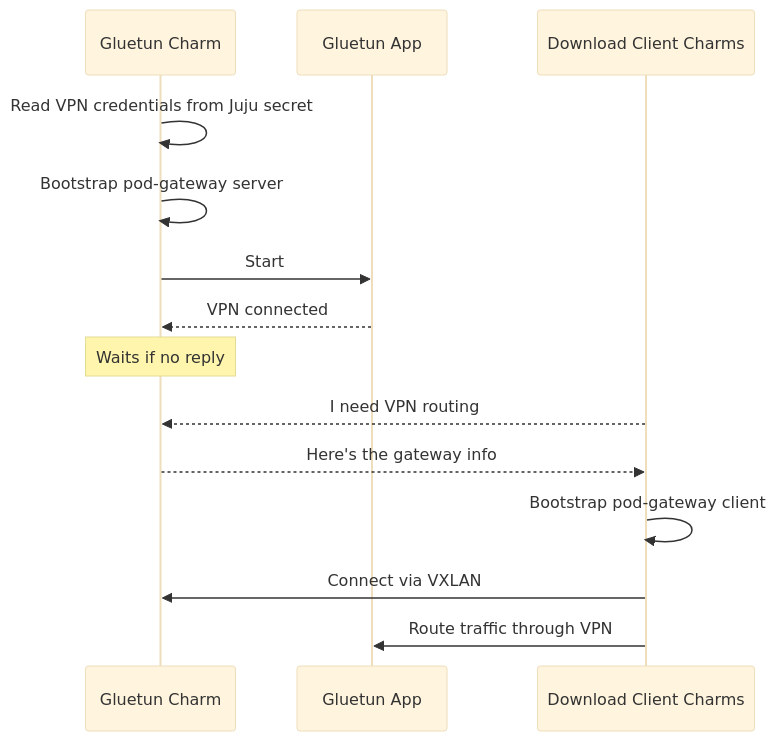
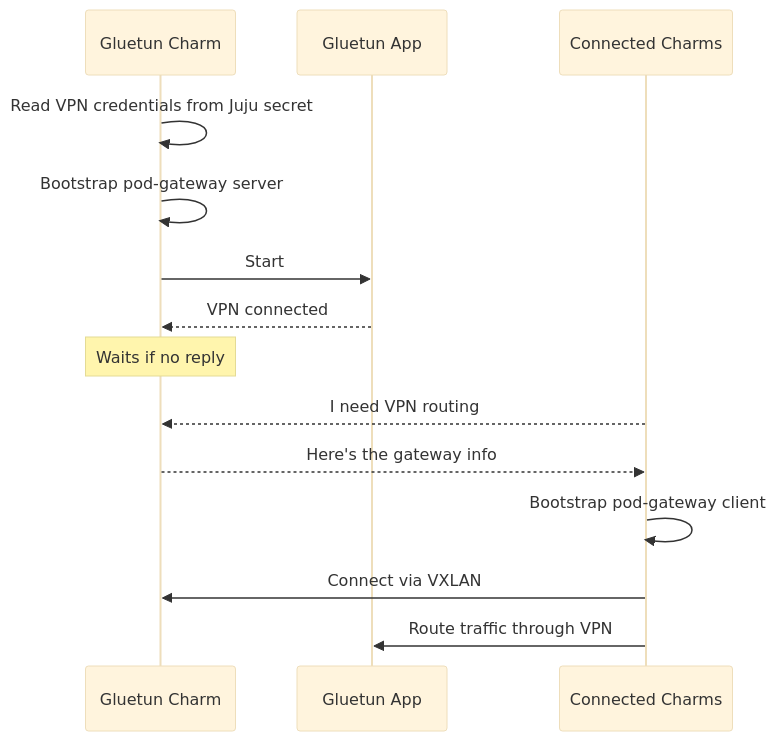
One commit to charmarr/charmarr changed the second of 2 diagrams in docs/charms/vpn-gateway.md. Above: the diagram before and after it, drawn with Mermaid (base theme). The commit also changed other lines of this file and 23 other files, not shown here.

````diff
--- a/docs/charms/vpn-gateway.md
+++ b/docs/charms/vpn-gateway.md
@@ -79,18 +81,18 @@
 ```mermaid
 sequenceDiagram
     participant GC as Gluetun Charm
     participant Gluetun as Gluetun App
-    participant DC as Download Client Charms
+    participant CC as Connected Charms
 
     GC->>GC: Read VPN credentials from Juju secret
     GC->>GC: Bootstrap pod-gateway server
     GC->>Gluetun: Start
     Gluetun-->>GC: VPN connected
     Note over GC: Waits if no reply
 
-    DC-->>GC: I need VPN routing
-    GC-->>DC: Here's the gateway info
-    DC->>DC: Bootstrap pod-gateway client
-    DC->>GC: Connect via VXLAN
-    DC->>Gluetun: Route traffic through VPN
+    CC-->>GC: I need VPN routing
+    GC-->>CC: Here's the gateway info
+    CC->>CC: Bootstrap pod-gateway client
+    CC->>GC: Connect via VXLAN
+    CC->>Gluetun: Route traffic through VPN
 ```
````
